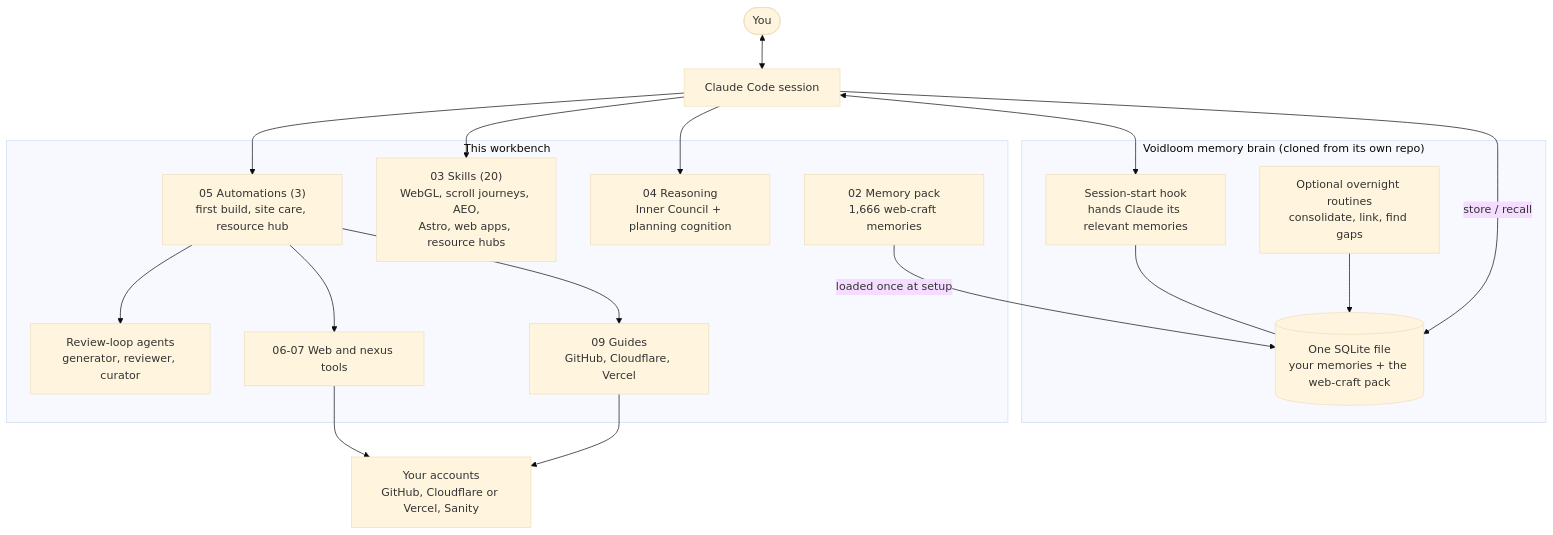
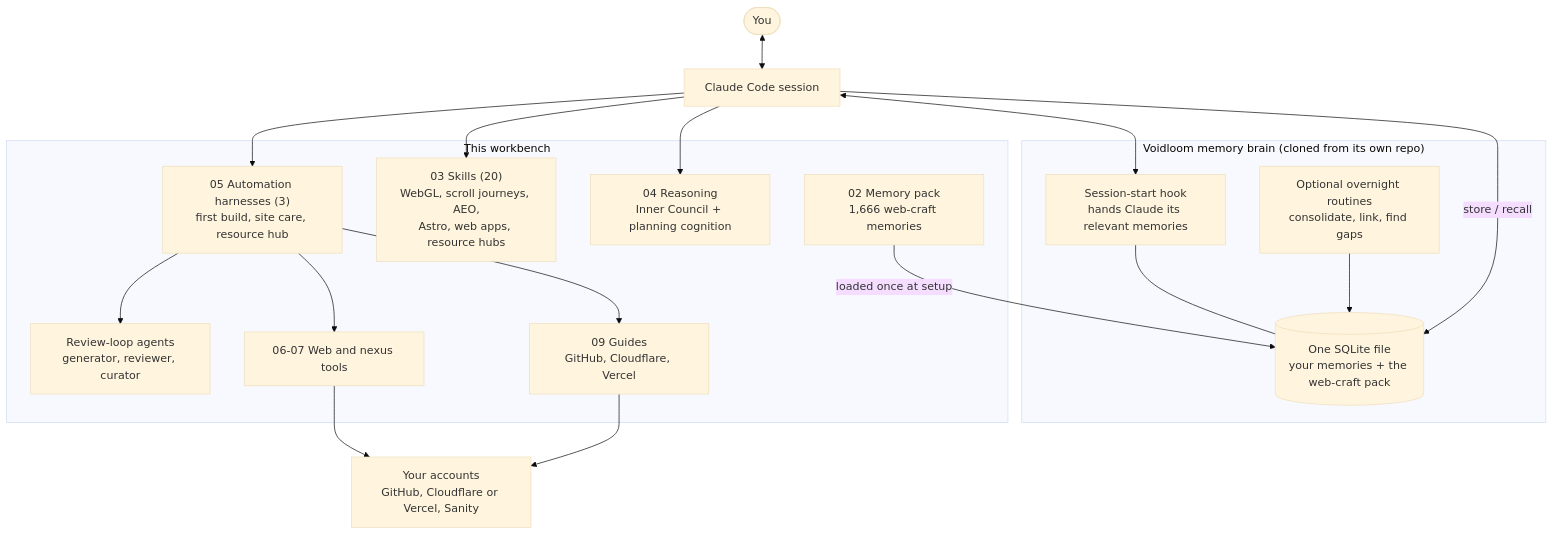
One commit to void-wright/webdev-workbench changed the first of 3 diagrams in README.md. Above: the diagram before and after it, drawn with Mermaid (base theme). The commit also changed other lines of this file and 2 other files, not shown here.

First line of the commit message:
README: American English and "automation harnesses"

````diff
--- a/README.md
+++ b/README.md
@@ -60,35 +60,35 @@
 ```mermaid
 flowchart TB
     you(["You"]) <--> cc["Claude Code session"]
 
     subgraph brain["Voidloom memory brain (cloned from its own repo)"]
         hook["Session-start hook<br/>hands Claude its relevant memories"]
         db[("One SQLite file<br/>your memories + the web-craft pack")]
         organs["Optional overnight routines<br/>consolidate, link, find gaps"]
         hook --- db
         organs --> db
     end
 
     subgraph kit["This workbench"]
         pack["02 Memory pack<br/>1,666 web-craft memories"]
         skills["03 Skills (20)<br/>WebGL, scroll journeys, AEO,<br/>Astro, web apps, resource hubs"]
         reason["04 Reasoning<br/>Inner Council + planning cognition"]
-        autos["05 Automations (3)<br/>first build, site care, resource hub"]
+        autos["05 Automation harnesses (3)<br/>first build, site care, resource hub"]
         agents["Review-loop agents<br/>generator, reviewer, curator"]
         tools["06-07 Web and nexus tools"]
         guides["09 Guides<br/>GitHub, Cloudflare, Vercel"]
     end
 
     cc <--> hook
     cc -- "store / recall" --> db
     pack -- "loaded once at setup" --> db
     cc --> skills
     cc --> reason
     cc --> autos
     autos --> agents
     autos --> tools
     autos --> guides
 
     tools --> hosts["Your accounts<br/>GitHub, Cloudflare or Vercel, Sanity"]
     guides --> hosts
 ```
````
